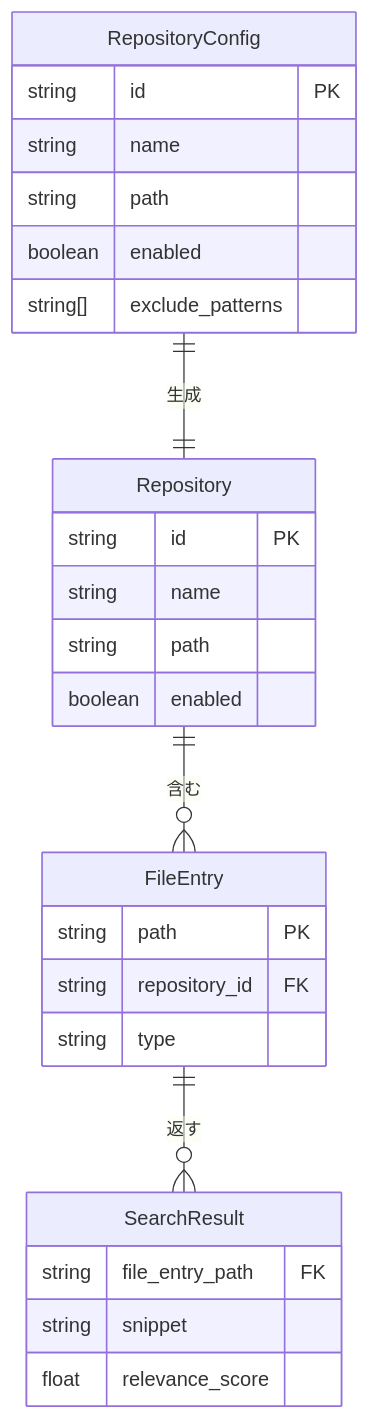
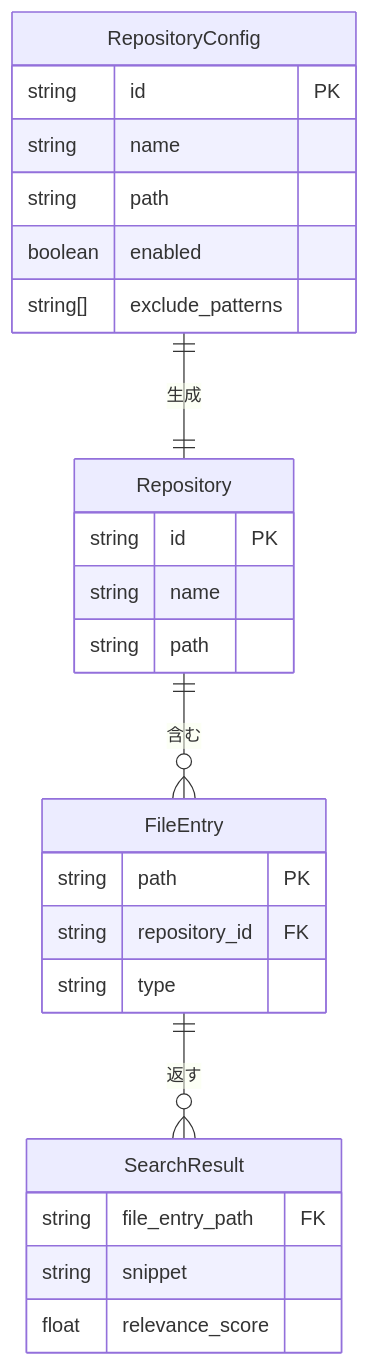
One commit to HatoriIchigo/repo-bridge-mcp changed the second of 2 diagrams in docs/design.md. Above: the diagram before and after it, drawn with Mermaid. The commit also changed 4 other files, not shown here.

````diff
--- a/docs/design.md
+++ b/docs/design.md
@@ -68,30 +68,29 @@
 ```mermaid
 erDiagram
   RepositoryConfig {
     string id PK
     string name
     string path
     boolean enabled
     string[] exclude_patterns
   }
   Repository {
     string id PK
     string name
     string path
-    boolean enabled
   }
   FileEntry {
     string path PK
     string repository_id FK
     string type
   }
   SearchResult {
     string file_entry_path FK
     string snippet
     float relevance_score
   }
 
   RepositoryConfig ||--|| Repository : "生成"
   Repository ||--o{ FileEntry : "含む"
   FileEntry ||--o{ SearchResult : "返す"
 ```
````
